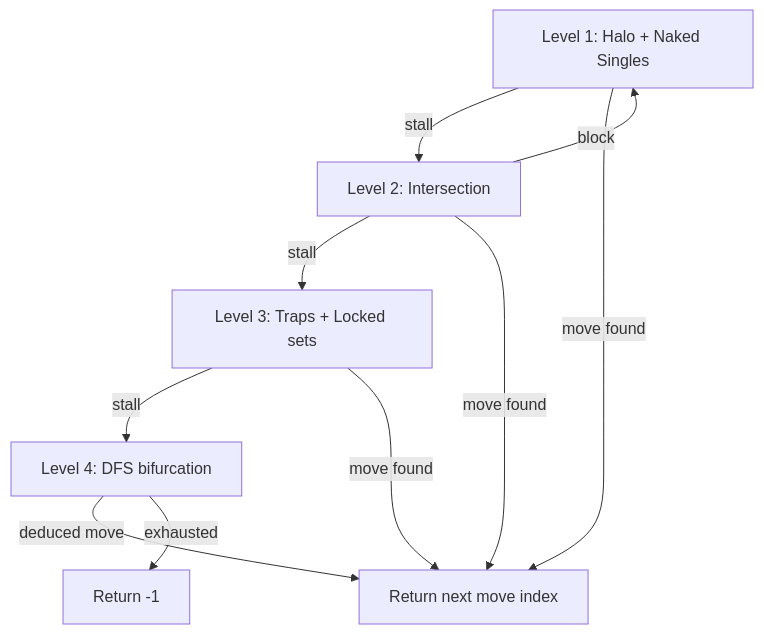
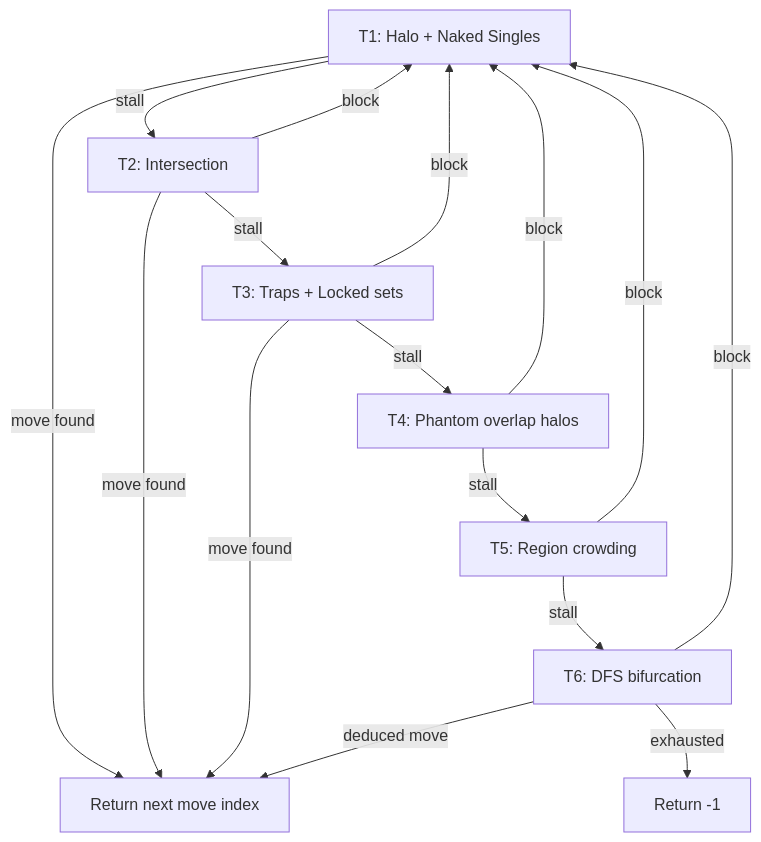
The diagram in doc/requirements/solver_algorithms.md (pbuckles22/MeowdokuHelper), drawn with Mermaid before and after one commit. The commit also changed other lines of this file and 22 other files, not shown here.

````diff
--- a/doc/requirements/solver_algorithms.md
+++ b/doc/requirements/solver_algorithms.md
@@ -68,19 +130,27 @@
 ```mermaid
 flowchart TD
-  T1[Level 1: Halo + Naked Singles]
-  T2[Level 2: Intersection]
-  T3[Level 3: Traps + Locked sets]
-  T4[Level 4: DFS bifurcation]
+  T1[T1: Halo + Naked Singles]
+  T2[T2: Intersection]
+  T3[T3: Traps + Locked sets]
+  T4[T4: Phantom overlap halos]
+  T5[T5: Region crowding]
+  T6[T6: DFS bifurcation]
   Done[Return next move index]
   Stuck[Return -1]
 
   T1 -->|stall| T2
   T2 -->|block| T1
   T2 -->|stall| T3
+  T3 -->|block| T1
   T3 -->|stall| T4
-  T4 -->|deduced move| Done
+  T4 -->|block| T1
+  T4 -->|stall| T5
+  T5 -->|block| T1
+  T5 -->|stall| T6
+  T6 -->|block| T1
   T1 -->|move found| Done
   T2 -->|move found| Done
   T3 -->|move found| Done
-  T4 -->|exhausted| Stuck
+  T6 -->|deduced move| Done
+  T6 -->|exhausted| Stuck
 ```
````
